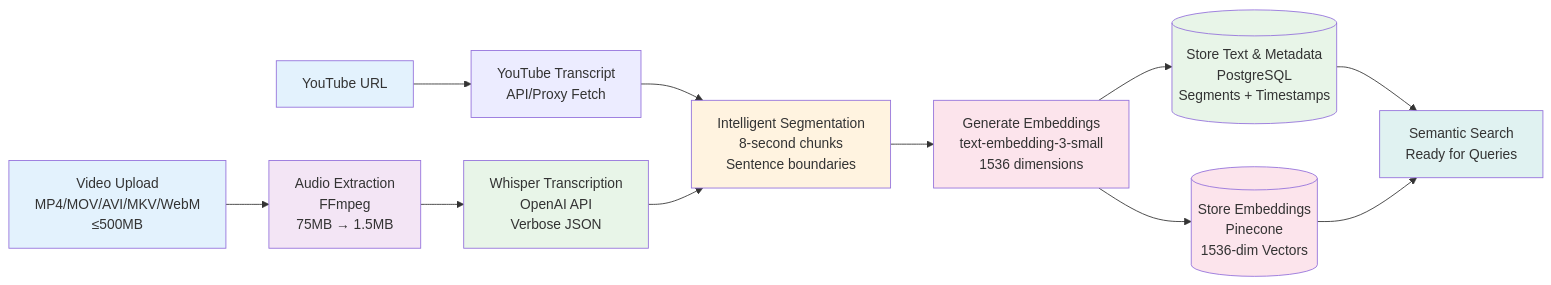
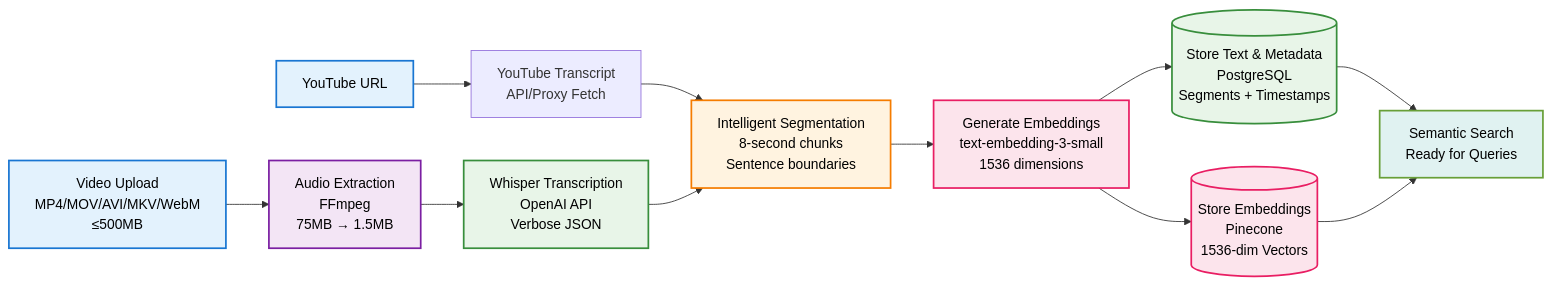
One commit to vaibhavbhajanka/clipquery changed the second of 3 diagrams in README.md. Above: the diagram before and after it, drawn with Mermaid. The commit also changed other lines of this file, not shown here.

````diff
--- a/README.md
+++ b/README.md
@@ -90,25 +90,25 @@
 ```mermaid
 flowchart LR
     Upload[Video Upload<br/>MP4/MOV/AVI/MKV/WebM<br/>≤500MB] --> Extract[Audio Extraction<br/>FFmpeg<br/>75MB → 1.5MB]
     YouTube[YouTube URL] --> YTTranscript[YouTube Transcript<br/>API/Proxy Fetch]
 
     Extract --> Transcribe[Whisper Transcription<br/>OpenAI API<br/>Verbose JSON]
     YTTranscript --> Segment
 
     Transcribe --> Segment[Intelligent Segmentation<br/>8-second chunks<br/>Sentence boundaries]
     Segment --> Embed[Generate Embeddings<br/>text-embedding-3-small<br/>1536 dimensions]
     Embed --> StoreText[(Store Text & Metadata<br/>PostgreSQL<br/>Segments + Timestamps)]
     Embed --> StoreVectors[(Store Embeddings<br/>Pinecone<br/>1536-dim Vectors)]
     StoreText --> Search[Semantic Search<br/>Ready for Queries]
     StoreVectors --> Search
 
-    style Upload fill:#e3f2fd
-    style YouTube fill:#e3f2fd
-    style Extract fill:#f3e5f5
-    style Transcribe fill:#e8f5e8
-    style Segment fill:#fff3e0
-    style Embed fill:#fce4ec
-    style StoreText fill:#e8f5e8
-    style StoreVectors fill:#fce4ec
-    style Search fill:#e0f2f1
+    style Upload fill:#e3f2fd,stroke:#1976d2,stroke-width:2px,color:#000
+    style YouTube fill:#e3f2fd,stroke:#1976d2,stroke-width:2px,color:#000
+    style Extract fill:#f3e5f5,stroke:#7b1fa2,stroke-width:2px,color:#000
+    style Transcribe fill:#e8f5e8,stroke:#388e3c,stroke-width:2px,color:#000
+    style Segment fill:#fff3e0,stroke:#f57c00,stroke-width:2px,color:#000
+    style Embed fill:#fce4ec,stroke:#e91e63,stroke-width:2px,color:#000
+    style StoreText fill:#e8f5e8,stroke:#388e3c,stroke-width:2px,color:#000
+    style StoreVectors fill:#fce4ec,stroke:#e91e63,stroke-width:2px,color:#000
+    style Search fill:#e0f2f1,stroke:#689f38,stroke-width:2px,color:#000
 ```
````
